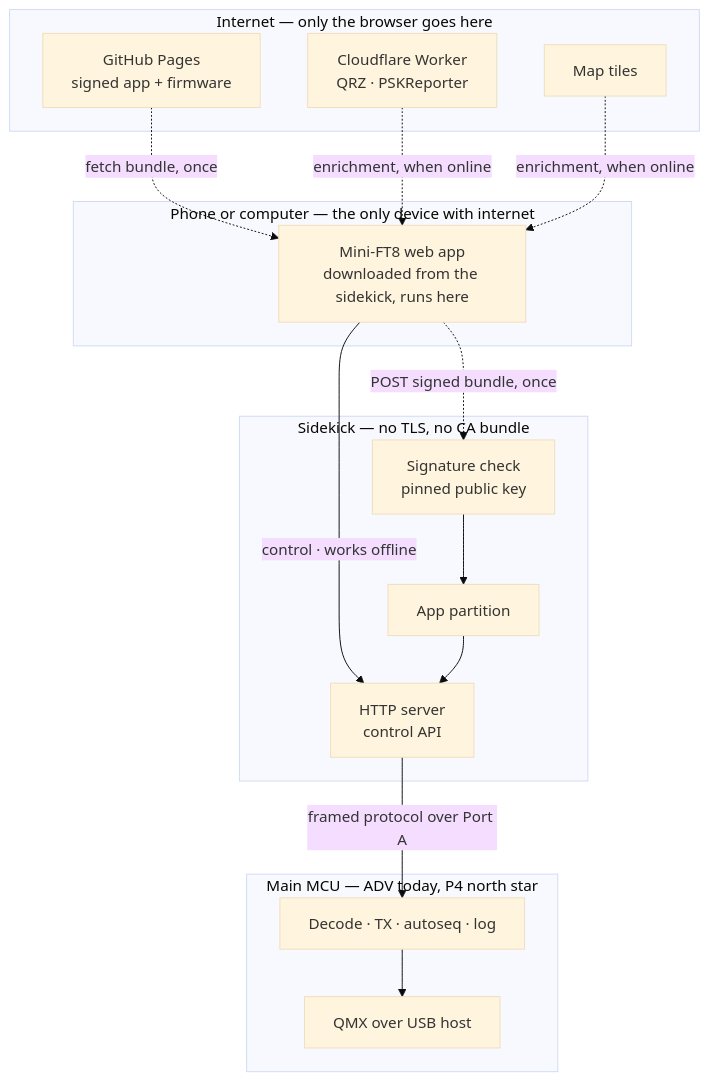
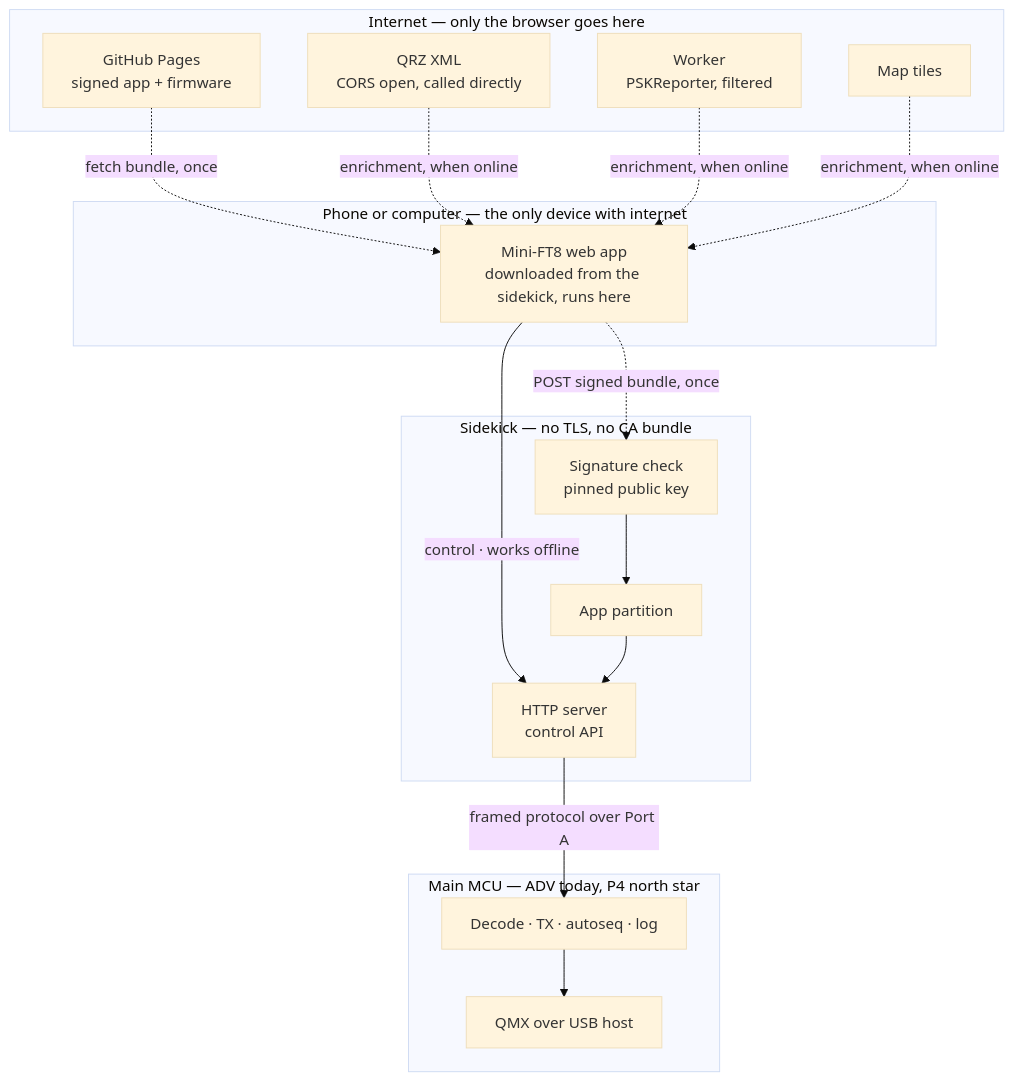
Before and after one commit to kb2slo/Mini-FT8: the first of 2 diagrams in docs/rfcs/0004-headless-web-architecture.md, drawn with Mermaid (base theme). The commit also changed other lines of this file, not shown here.

````diff
--- a/docs/rfcs/0004-headless-web-architecture.md
+++ b/docs/rfcs/0004-headless-web-architecture.md
@@ -38,29 +38,31 @@
 ```mermaid
 flowchart TB
     subgraph net["Internet — only the browser goes here"]
         gh["GitHub Pages<br/>signed app + firmware"]
-        cf["Cloudflare Worker<br/>QRZ · PSKReporter"]
+        qrz["QRZ XML<br/>CORS open, called directly"]
+        cf["Worker<br/>PSKReporter, filtered"]
         maps["Map tiles"]
     end
     subgraph phone["Phone or computer — the only device with internet"]
         app["Mini-FT8 web app<br/>downloaded from the sidekick, runs here"]
     end
     subgraph sk["Sidekick — no TLS, no CA bundle"]
         http["HTTP server<br/>control API"]
         part["App partition"]
         sig["Signature check<br/>pinned public key"]
     end
     subgraph main["Main MCU — ADV today, P4 north star"]
         radio["Decode · TX · autoseq · log"]
         qmx["QMX over USB host"]
     end
     gh -. "fetch bundle, once" .-> app
+    qrz -. "enrichment, when online" .-> app
     cf -. "enrichment, when online" .-> app
     maps -. "enrichment, when online" .-> app
     app -- "control · works offline" --> http
     app -. "POST signed bundle, once" .-> sig
     sig --> part
     part --> http
     http -- "framed protocol over Port A" --> radio
     radio --> qmx
 ```
````
